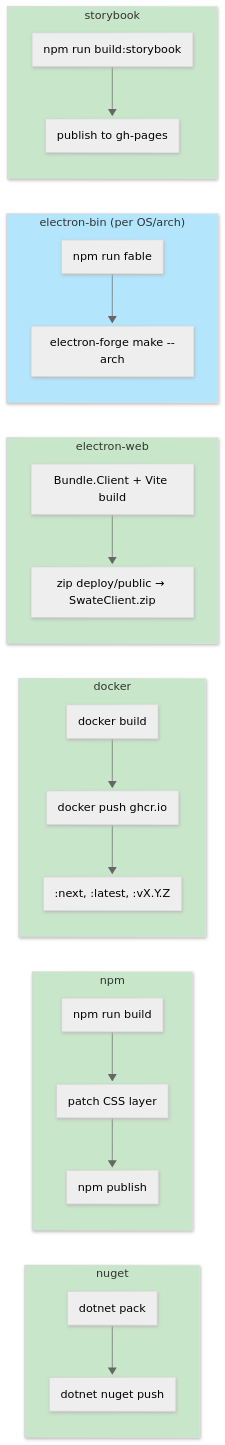
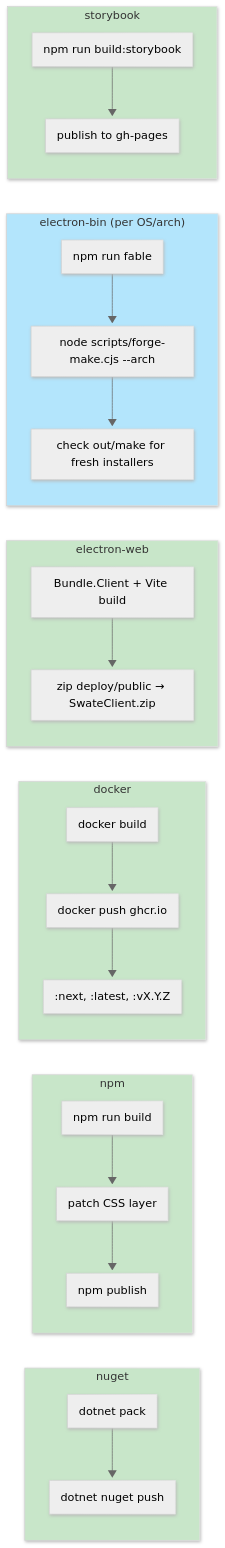
The second of 2 diagrams in docs/maintainer/README.md (nfdi4plants/Swate), drawn with Mermaid (neutral theme) before and after one commit. The commit also changed other lines of this file and 4 other files, not shown here.

````diff
--- a/docs/maintainer/README.md
+++ b/docs/maintainer/README.md
@@ -88,40 +89,40 @@
 ```mermaid
 ---
 config:
   look: neo
   layout: dagre
 ---
 flowchart LR
     subgraph nuget["nuget"]
         direction TB
         n1["dotnet pack"] --> n2["dotnet nuget push"]
     end
     subgraph npm["npm"]
         direction TB
         n3["npm run build"] --> n4["patch CSS layer"] --> n5["npm publish"]
     end
     subgraph docker["docker"]
         direction TB
         n6["docker build"] --> n7["docker push ghcr.io"]
         n7 --> n8[":next, :latest, :vX.Y.Z"]
     end
     subgraph electron-web["electron-web"]
         direction TB
         n9["Bundle.Client + Vite build"] --> n10["zip deploy/public → SwateClient.zip"]
     end
     subgraph electron-bin["electron-bin (per OS/arch)"]
         direction TB
-        n11["npm run fable"] --> n12["electron-forge make --arch"]
+        n11["npm run fable"] --> n12["node scripts/forge-make.cjs --arch"] --> n12b["check out/make for fresh installers"]
     end
     subgraph storybook["storybook"]
         direction TB
         n13["npm run build:storybook"] --> n14["publish to gh-pages"]
     end
 
     style nuget fill:#C8E6C9
     style npm fill:#C8E6C9
     style docker fill:#C8E6C9
     style electron-web fill:#C8E6C9
     style electron-bin fill:#B3E5FC
     style storybook fill:#C8E6C9
 ```
````
